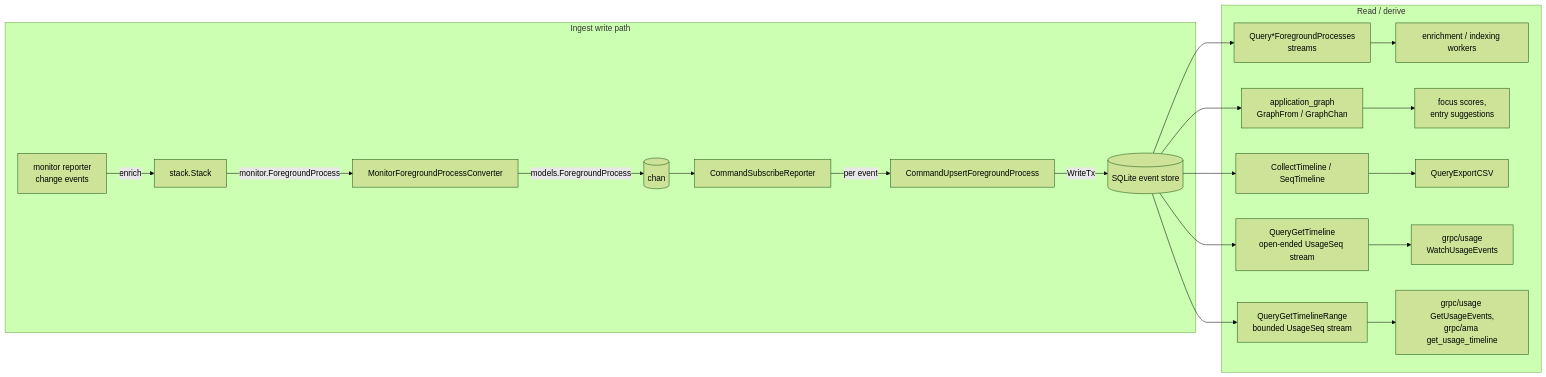
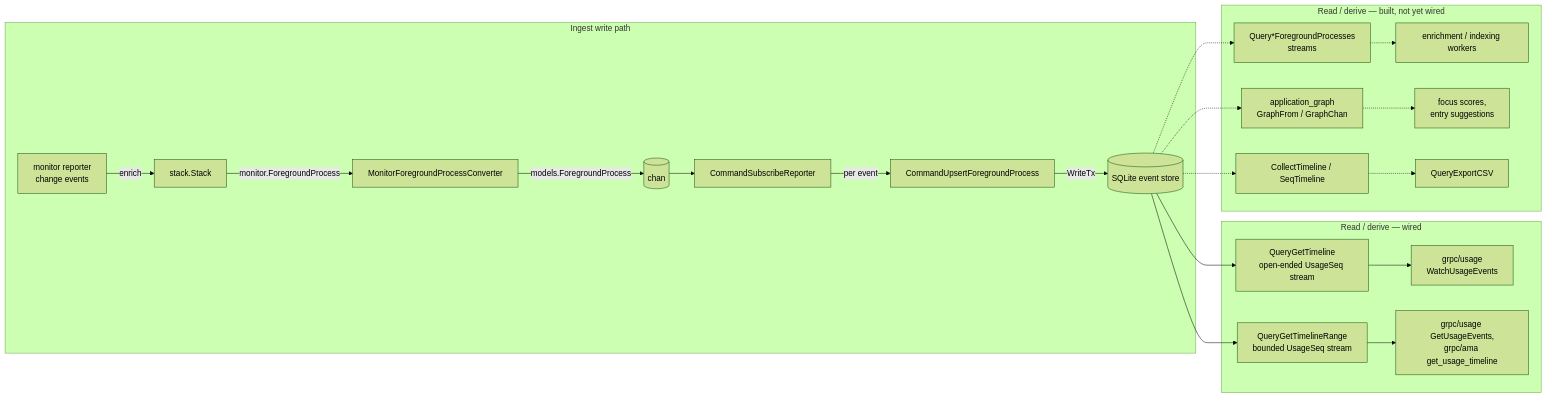
The first of 2 diagrams in sidecar/components/timeline/README.md (skulpturenz/timeboxxing), drawn with Mermaid (forest theme) before and after one commit. The commit also changed other lines of this file and 5 other files, not shown here.

````diff
--- a/sidecar/components/timeline/README.md
+++ b/sidecar/components/timeline/README.md
@@ -44,18 +46,20 @@
 ```mermaid
 flowchart LR
     subgraph ingest [Ingest write path]
         R[monitor reporter<br/>change events] -->|enrich| E[stack.Stack]
         E -->|monitor.ForegroundProcess| CV[MonitorForegroundProcessConverter]
         CV -->|models.ForegroundProcess| CH[(chan)]
         CH --> SR[CommandSubscribeReporter]
         SR -->|per event| UP[CommandUpsertForegroundProcess]
         UP -->|WriteTx| DB[(SQLite event store)]
     end
-    subgraph derive [Read / derive]
-        DB --> UN[Query*ForegroundProcesses<br/>streams] --> W[enrichment / indexing workers]
-        DB --> AG[application_graph<br/>GraphFrom / GraphChan] --> M[focus scores,<br/>entry suggestions]
-        DB --> CT[CollectTimeline / SeqTimeline] --> CSV[QueryExportCSV]
+    subgraph derive [Read / derive — wired]
         DB --> GT[QueryGetTimeline<br/>open-ended UsageSeq stream] --> WU[grpc/usage<br/>WatchUsageEvents]
         DB --> GR[QueryGetTimelineRange<br/>bounded UsageSeq stream] --> RU[grpc/usage GetUsageEvents,<br/>grpc/ama get_usage_timeline]
     end
+    subgraph planned [Read / derive — built, not yet wired]
+        DB -.-> UN[Query*ForegroundProcesses<br/>streams] -.-> W[enrichment / indexing workers]
+        DB -.-> AG[application_graph<br/>GraphFrom / GraphChan] -.-> M[focus scores,<br/>entry suggestions]
+        DB -.-> CT[CollectTimeline / SeqTimeline] -.-> CSV[QueryExportCSV]
+    end
 ```
````
